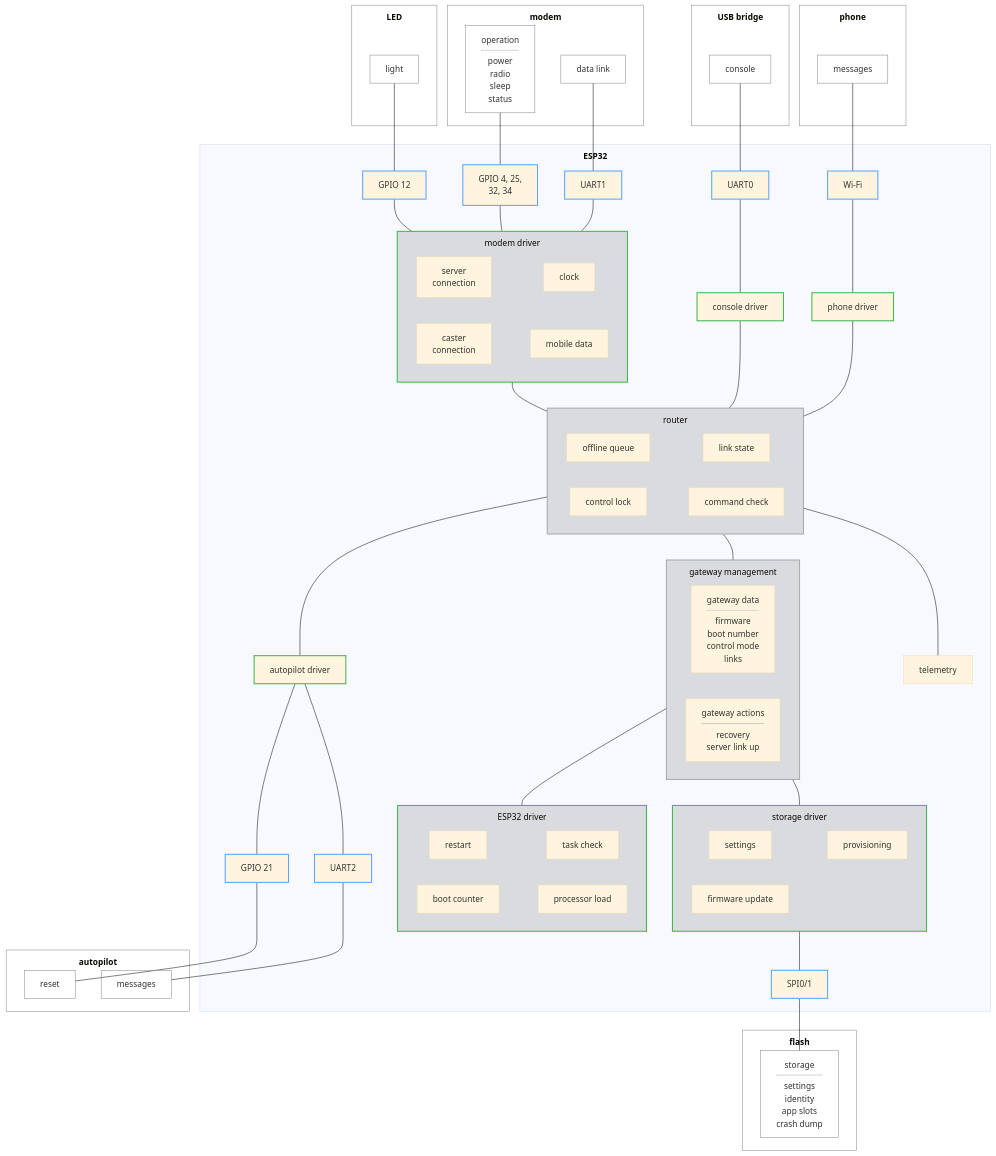
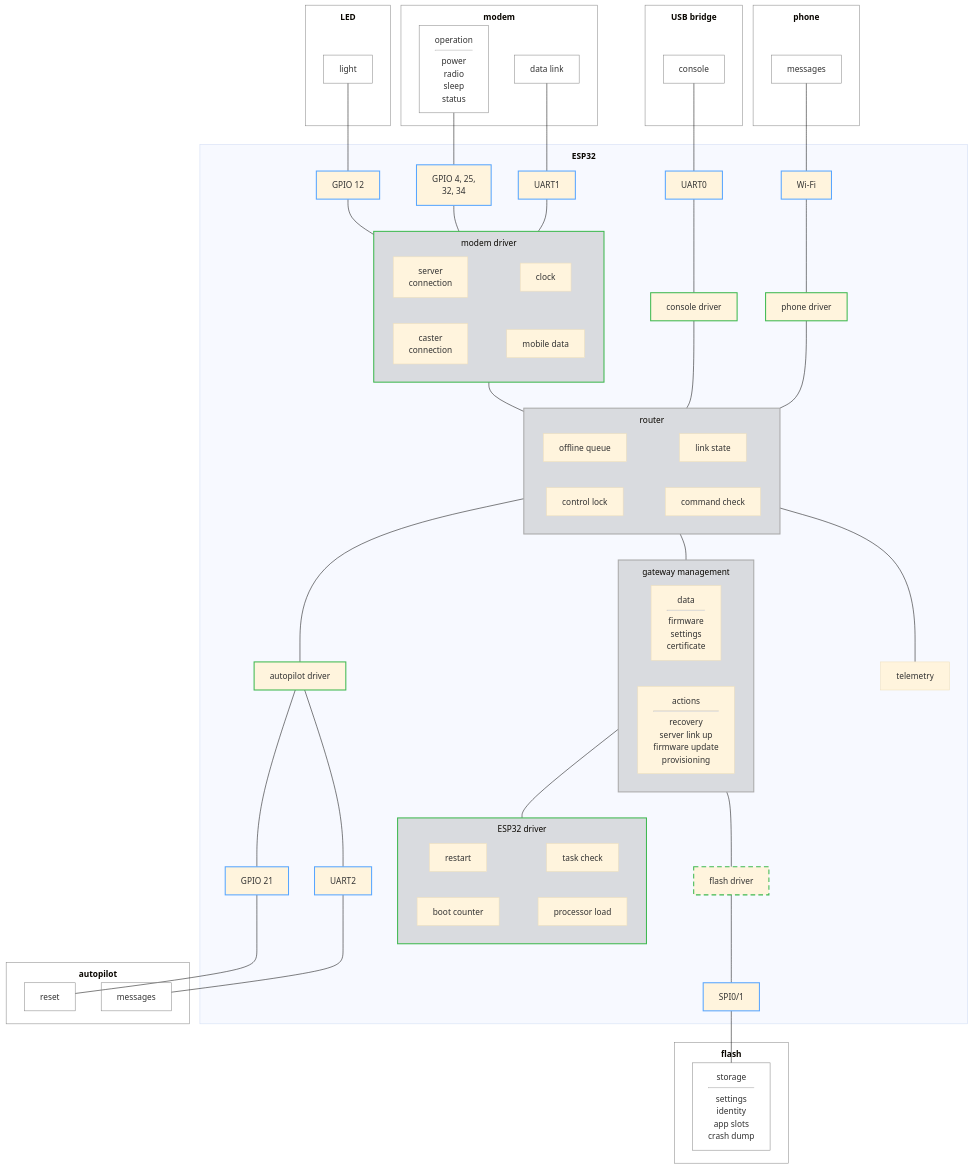
The diagram in .esp-architecture/diagrams/block-draft.md (rmx-lt/rmx-mower-gateway), drawn with Mermaid (base theme) before and after one commit.

Commit message:
Draft: flash driver; gateway management holds data and actions

````diff
--- a/.esp-architecture/diagrams/block-draft.md
+++ b/.esp-architecture/diagrams/block-draft.md
@@ -51,8 +51,8 @@
     end
     tel["telemetry"]
     subgraph mgmt["gateway management"]
-      gdata["gateway data<hr/>firmware<br/>boot number<br/>control mode<br/>links"]
-      gact["gateway actions<hr/>recovery<br/>server link up"]
+      gdata["data<hr/>firmware<br/>settings<br/>certificate"]
+      gact["actions<hr/>recovery<br/>server link up<br/>firmware update<br/>provisioning"]
     end
     subgraph esp["ESP32 driver"]
       rst["restart"]
@@ -63,14 +63,7 @@
       boot ~~~ load
     end
     bl["autopilot driver"]
-    subgraph fs["storage driver"]
-      set["settings"]
-      prov["provisioning"]
-      upd["firmware update"]
-      p2[" "]
-      set ~~~ prov
-      upd ~~~ p2
-    end
+    fs["flash driver"]
     u2["UART2"]
     sp["SPI0/1"]
   end
@@ -104,9 +97,9 @@
   classDef owner fill:#8884,stroke:#aaa,stroke-width:2px
   class msg,mgmt owner
   classDef ownerdriver fill:#8884,stroke:#3fb950,stroke-width:2px
-  class conn,fs,esp ownerdriver
-  classDef pad fill:none,stroke:none
-  class p2 pad
+  class conn,esp ownerdriver
+  classDef sysdriver stroke:#3fb950,stroke-width:2px,stroke-dasharray:9 6
+  class fs sysdriver
   classDef device fill:none,stroke:#888
   class modem,mdata,mctl,led,lparts,ap,amsg,areset,ph,pparts,usb,uparts,fl,fparts device
 ```
````
